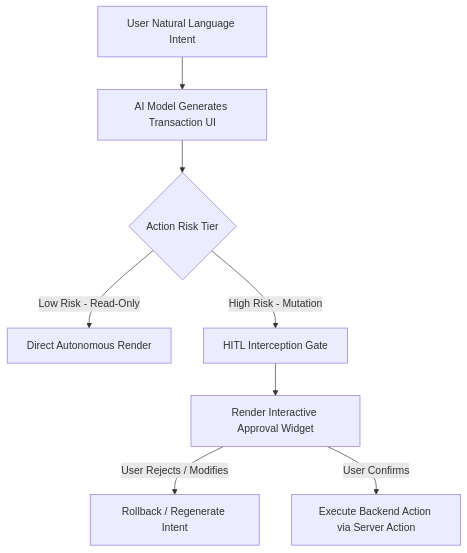
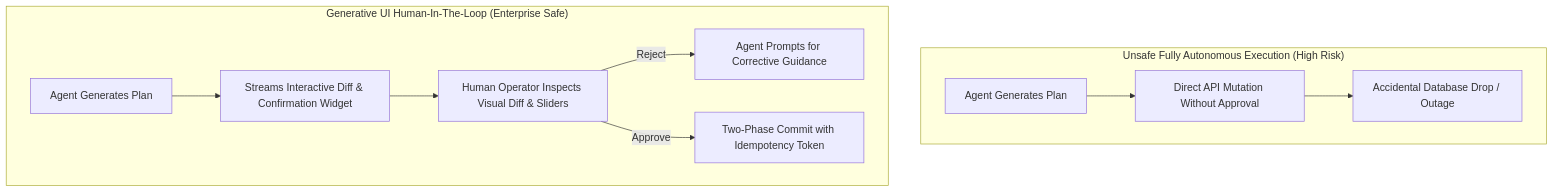
One commit to vesviet/vesviet changed the first of 4 diagrams in content/series/generative-ui-architecture/part-5-human-in-the-loop.md. Above: the diagram before and after it, drawn with Mermaid. The commit also changed other lines of this file and 28 other files, not shown here.

Commit message:
feat(content): upgrade generative-ui-architecture series to 2027 SOTA masterclass & publish deep research dossiers

````diff
--- a/content/series/generative-ui-architecture/part-5-human-in-the-loop.md
+++ b/content/series/generative-ui-architecture/part-5-human-in-the-loop.md
@@ -36,10 +42,14 @@
 ```mermaid
-graph TD
-    A["User Natural Language Intent"] --> B["AI Model Generates Transaction UI"]
-    B --> C{"Action Risk Tier"}
-    C -->|"Low Risk - Read-Only"| D["Direct Autonomous Render"]
-    C -->|"High Risk - Mutation"| E["HITL Interception Gate"]
-    E --> F["Render Interactive Approval Widget"]
-    F -->|"User Rejects / Modifies"| G["Rollback / Regenerate Intent"]
-    F -->|"User Confirms"| H["Execute Backend Action via Server Action"]
+flowchart TD
+    subgraph FullyAutonomous ["Unsafe Fully Autonomous Execution (High Risk)"]
+        Agent1["Agent Generates Plan"] --> DirectExec["Direct API Mutation Without Approval"]
+        DirectExec --> Outage["Accidental Database Drop / Outage"]
+    end
+
+    subgraph HITLPattern ["Generative UI Human-In-The-Loop (Enterprise Safe)"]
+        Agent2["Agent Generates Plan"] --> RenderModal["Streams Interactive Diff & Confirmation Widget"]
+        RenderModal --> HumanReview["Human Operator Inspects Visual Diff & Sliders"]
+        HumanReview -- "Reject" --> Replan["Agent Prompts for Corrective Guidance"]
+        HumanReview -- "Approve" --> TwoPhaseCommit["Two-Phase Commit with Idempotency Token"]
+    end
 ```
````
